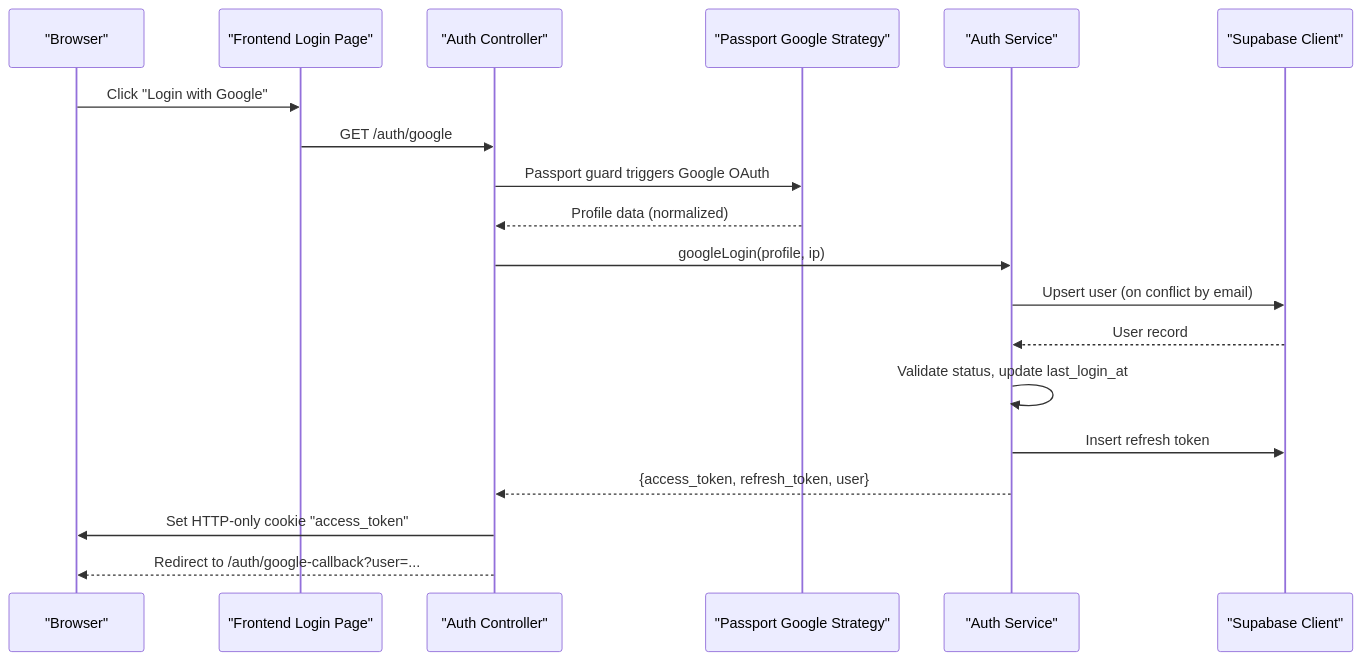
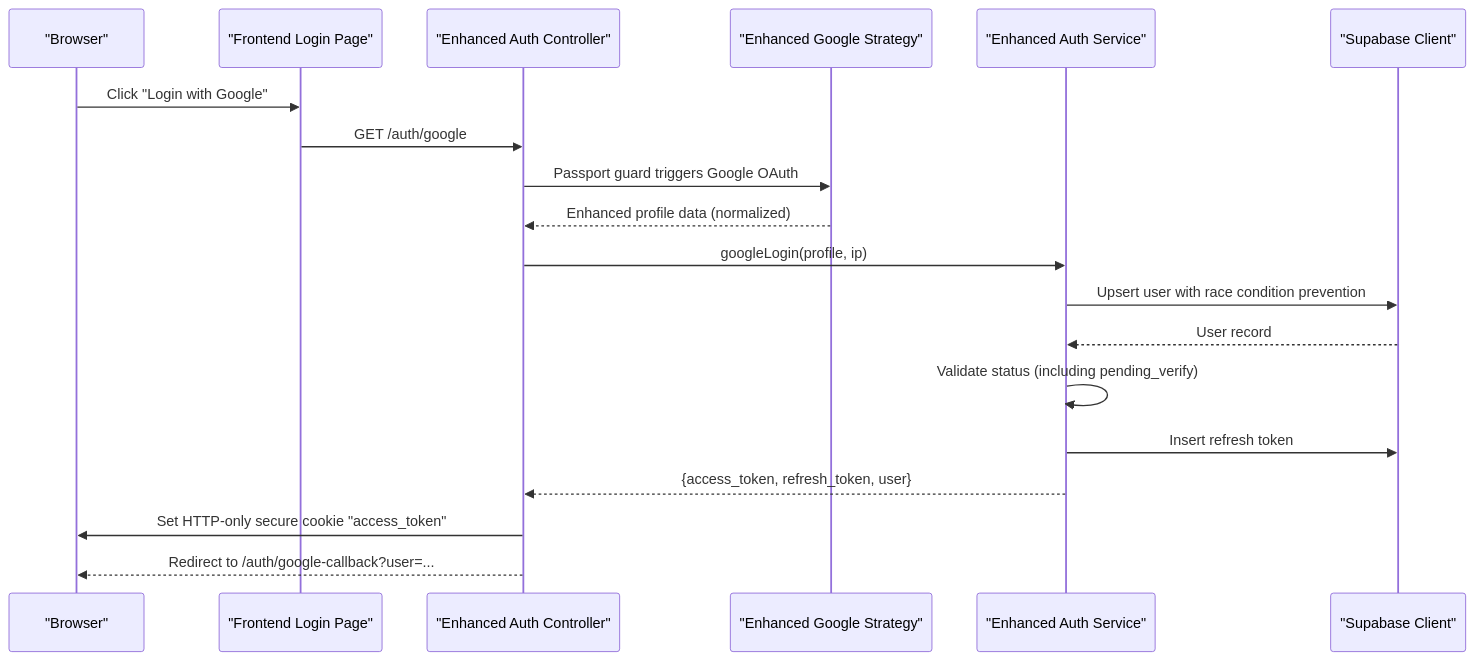
The second of 7 diagrams in .qoder/repowiki/en/content/Backend Architecture/Authentication System/Google OAuth Integration.md (devonxjz/MissLost), drawn with Mermaid before and after one commit. The commit also changed other lines of this file and 12 other files, not shown here.

````diff
--- a/.qoder/repowiki/en/content/Backend Architecture/Authentication System/Google OAuth Integration.md
+++ b/.qoder/repowiki/en/content/Backend Architecture/Authentication System/Google OAuth Integration.md
@@ -107,21 +115,21 @@
 ```mermaid
 sequenceDiagram
 participant Client as "Browser"
 participant FE as "Frontend Login Page"
-participant BE as "Auth Controller"
-participant PS as "Passport Google Strategy"
-participant AS as "Auth Service"
+participant BE as "Enhanced Auth Controller"
+participant PS as "Enhanced Google Strategy"
+participant AS as "Enhanced Auth Service"
 participant DB as "Supabase Client"
 Client->>FE : Click "Login with Google"
 FE->>BE : GET /auth/google
 BE->>PS : Passport guard triggers Google OAuth
-PS-->>BE : Profile data (normalized)
+PS-->>BE : Enhanced profile data (normalized)
 BE->>AS : googleLogin(profile, ip)
-AS->>DB : Upsert user (on conflict by email)
+AS->>DB : Upsert user with race condition prevention
 DB-->>AS : User record
-AS->>AS : Validate status, update last_login_at
+AS->>AS : Validate status (including pending_verify)
 AS->>DB : Insert refresh token
 AS-->>BE : {access_token, refresh_token, user}
-BE->>Client : Set HTTP-only cookie "access_token"
+BE->>Client : Set HTTP-only secure cookie "access_token"
 BE-->>Client : Redirect to /auth/google-callback?user=...
 ```
````
